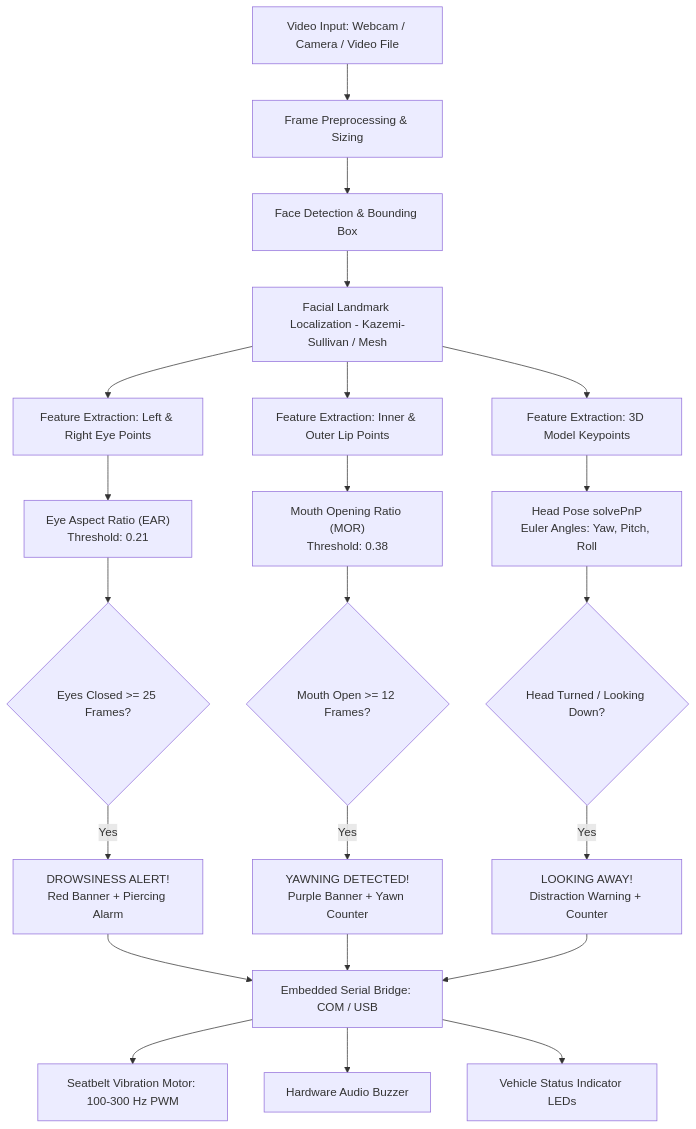
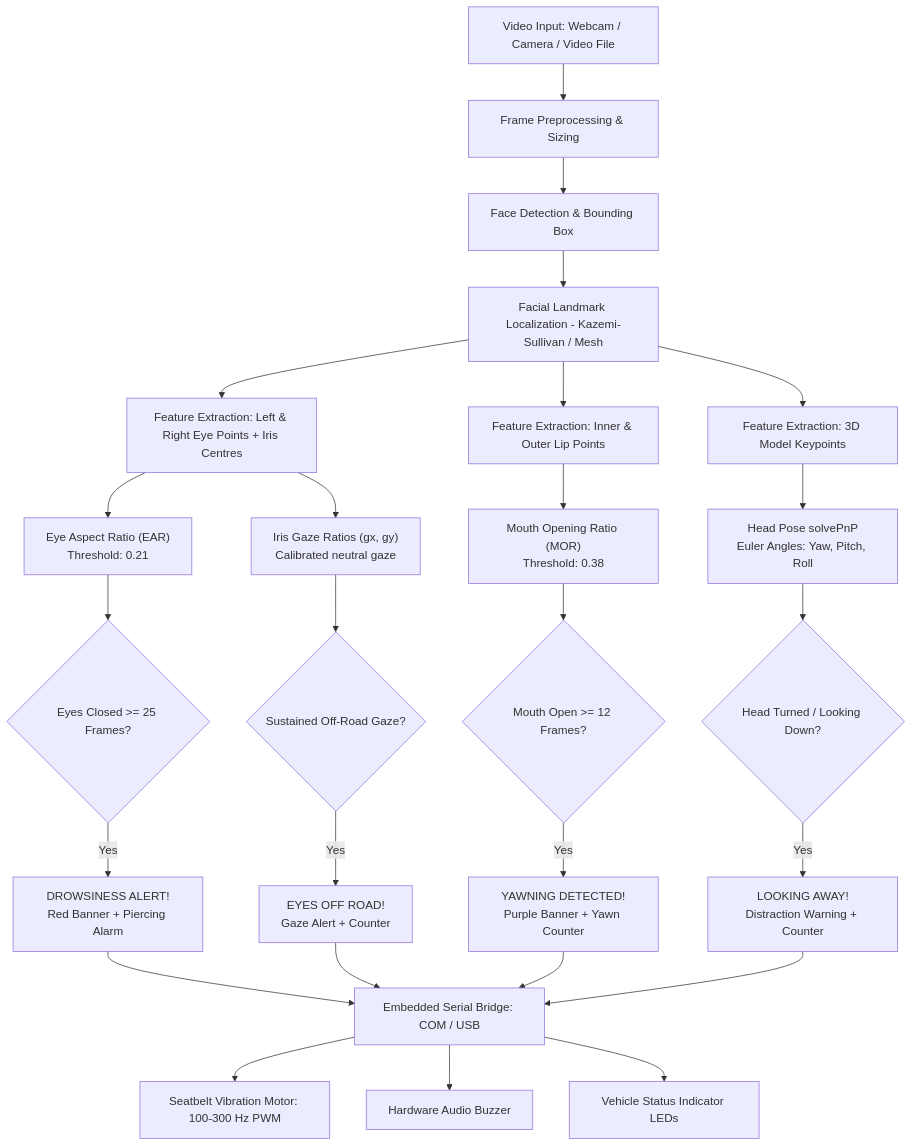
Before and after one commit to sanjeithaks/distracted-driving-through-eye-tracking-and-fatigue-monitoring-: the diagram in README.md, drawn with Mermaid. The commit also changed other lines of this file and 24 other files, not shown here.

Commit message:
Complete working IEEE project: iris eye-gaze tracking, session logging/reports, dashboard and docs

````diff
--- a/README.md
+++ b/README.md
@@ -38,30 +40,35 @@
 ```mermaid
 flowchart TD
     A[Video Input: Webcam / Camera / Video File] --> B[Frame Preprocessing & Sizing]
     B --> C[Face Detection & Bounding Box]
     C --> D[Facial Landmark Localization - Kazemi-Sullivan / Mesh]
-    D --> E1[Feature Extraction: Left & Right Eye Points]
+    D --> E1[Feature Extraction: Left & Right Eye Points + Iris Centres]
     D --> E2[Feature Extraction: Inner & Outer Lip Points]
     D --> E3[Feature Extraction: 3D Model Keypoints]
     
     E1 --> F1["Eye Aspect Ratio (EAR)<br/>Threshold: 0.21"]
+    E1 --> F4["Iris Gaze Ratios (gx, gy)<br/>Calibrated neutral gaze"]
     E2 --> F2["Mouth Opening Ratio (MOR)<br/>Threshold: 0.38"]
     E3 --> F3["Head Pose solvePnP<br/>Euler Angles: Yaw, Pitch, Roll"]
     
     F1 --> G1{Eyes Closed >= 25 Frames?}
     G1 -- Yes --> H1["DROWSINESS ALERT!<br/>Red Banner + Piercing Alarm"]
+
+    F4 --> G4{Sustained Off-Road Gaze?}
+    G4 -- Yes --> H4["EYES OFF ROAD!<br/>Gaze Alert + Counter"]
     
     F2 --> G2{Mouth Open >= 12 Frames?}
     G2 -- Yes --> H2["YAWNING DETECTED!<br/>Purple Banner + Yawn Counter"]
     
     F3 --> G3{Head Turned / Looking Down?}
     G3 -- Yes --> H3["LOOKING AWAY!<br/>Distraction Warning + Counter"]
     
     H1 --> I[Embedded Serial Bridge: COM / USB]
     H2 --> I
     H3 --> I
+    H4 --> I
     
     I --> J1[Seatbelt Vibration Motor: 100-300 Hz PWM]
     I --> J2[Hardware Audio Buzzer]
     I --> J3[Vehicle Status Indicator LEDs]
 ```
````
